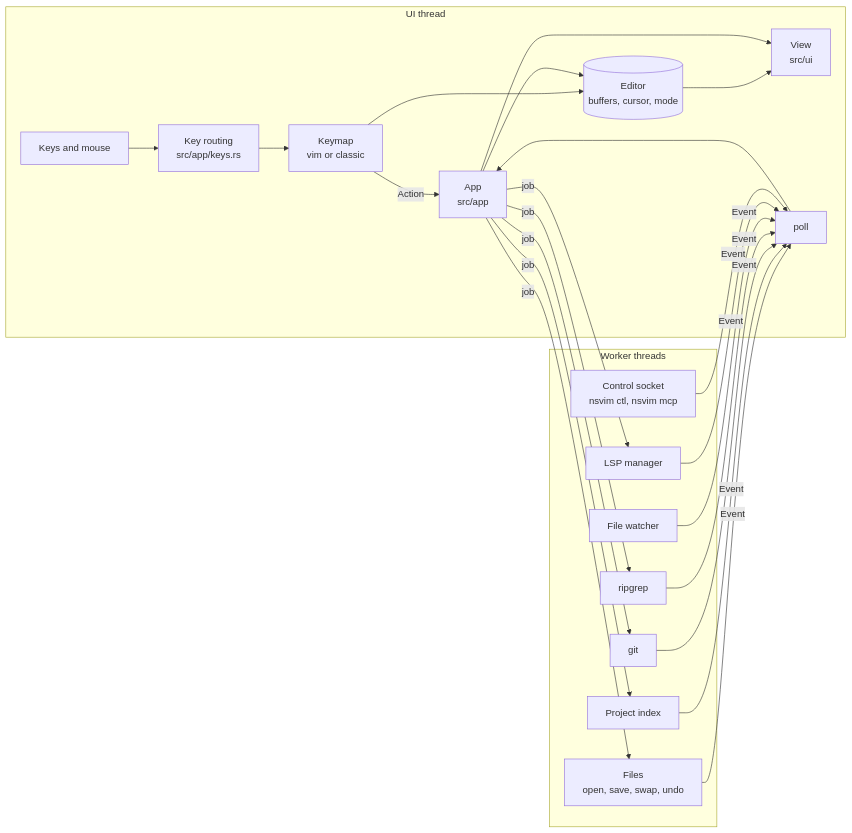
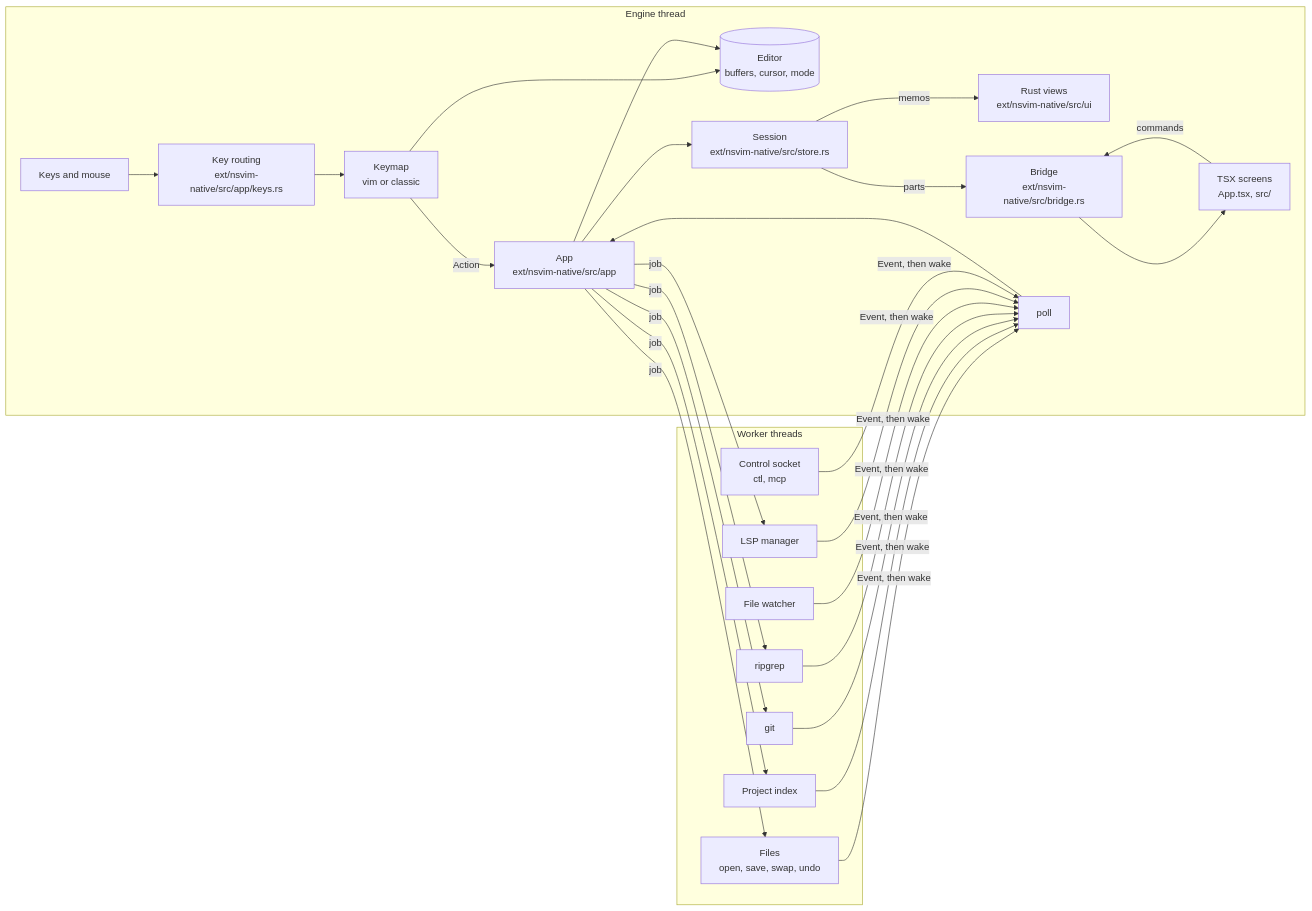
The diagram in docs/architecture.md (huacnlee/nsvim), drawn with Mermaid before and after one commit. The commit also changed other lines of this file and 303 other files, not shown here.

First line of the commit message:
ui: Draw the screens in TSX with NSH mixed mode (#1)

````diff
--- a/docs/architecture.md
+++ b/docs/architecture.md
@@ -7,24 +10,27 @@
 ```mermaid
 flowchart LR
-    subgraph UI["UI thread"]
-        K[Keys and mouse] --> R[Key routing<br/>src/app/keys.rs]
+    subgraph UI["Engine thread"]
+        K[Keys and mouse] --> R[Key routing<br/>ext/nsvim-native/src/app/keys.rs]
         R --> KM[Keymap<br/>vim or classic]
         KM --> E[(Editor<br/>buffers, cursor, mode)]
-        KM -->|Action| A[App<br/>src/app]
+        KM -->|Action| A[App<br/>ext/nsvim-native/src/app]
         A --> E
-        E --> V[View<br/>src/ui]
-        A --> V
+        A --> S[Session<br/>ext/nsvim-native/src/store.rs]
+        S -->|memos| V[Rust views<br/>ext/nsvim-native/src/ui]
+        S -->|parts| B[Bridge<br/>ext/nsvim-native/src/bridge.rs]
+        B --> T[TSX screens<br/>App.tsx, src/]
+        T -->|commands| B
         P[poll] --> A
     end
     subgraph W["Worker threads"]
         IO[Files<br/>open, save, swap, undo]
         IX[Project index]
         G[git]
         RG[ripgrep]
         FW[File watcher]
         L[LSP manager]
-        S[Control socket<br/>nsvim ctl, nsvim mcp]
+        C[Control socket<br/>ctl, mcp]
     end
     A -->|job| IO & IX & G & RG & L
-    IO & IX & G & RG & FW & L & S -->|Event| P
+    IO & IX & G & RG & FW & L & C -->|Event, then wake| P
 ```
````
